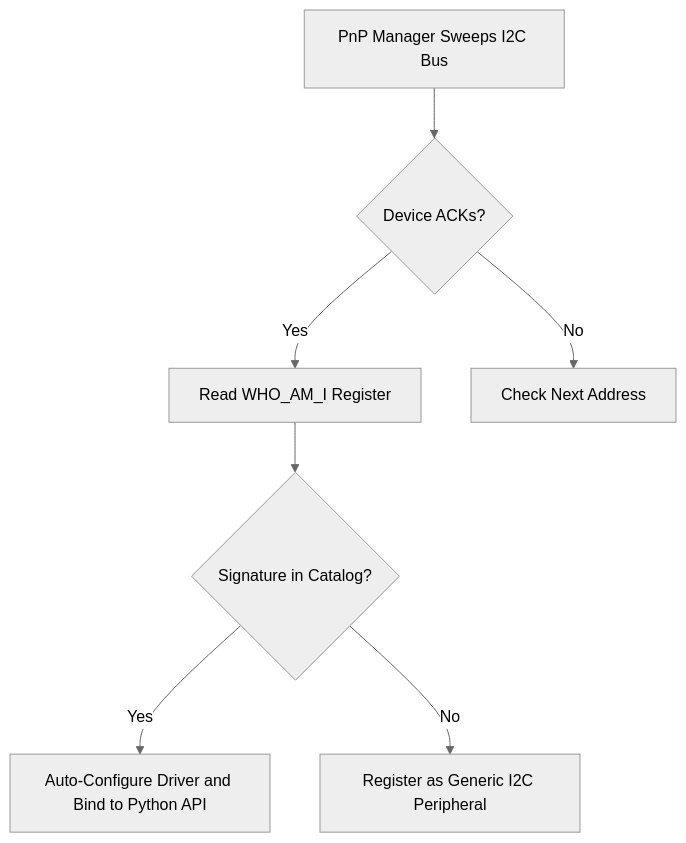
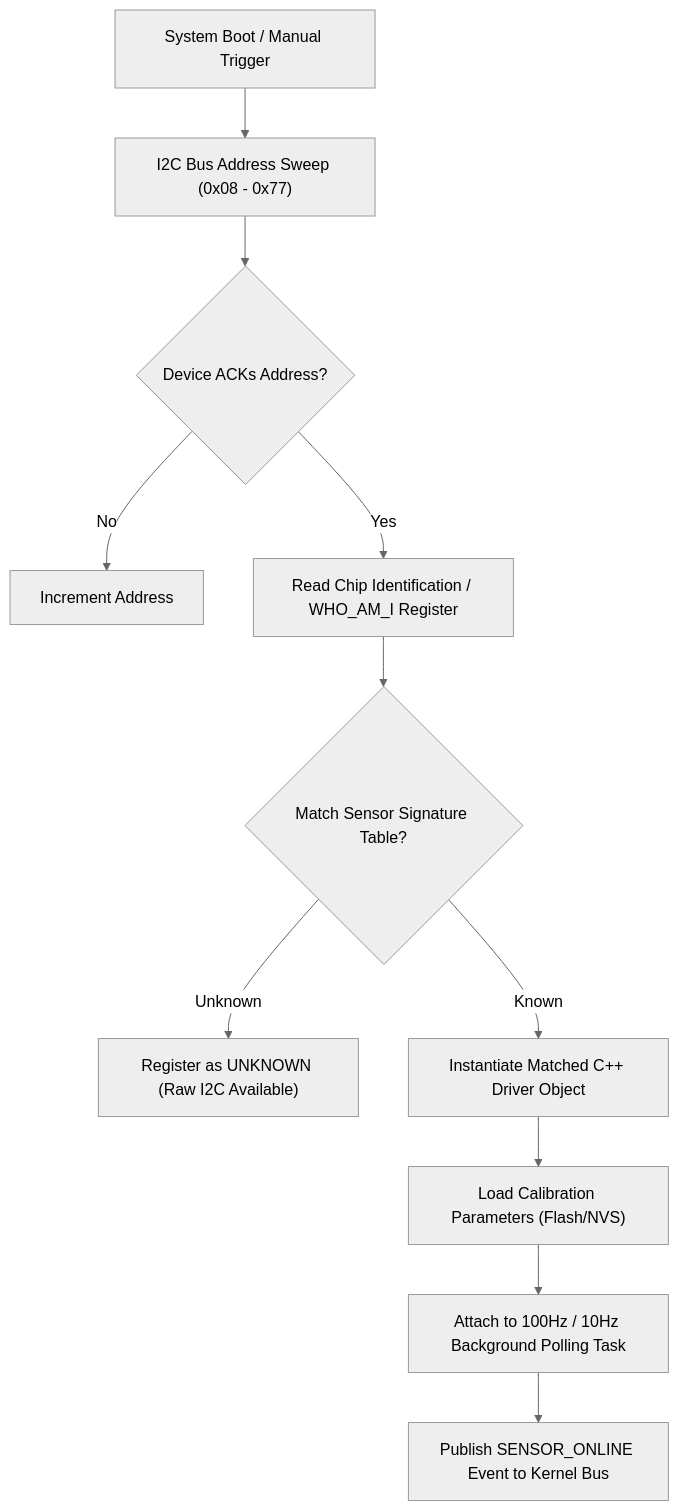
Before and after one commit to tamimystic/tamimystic-os: the diagram in docs/hardware/pnp-sensors.md, drawn with Mermaid (neutral theme). The commit also changed other lines of this file and 23 other files, not shown here.

````diff
--- a/docs/hardware/pnp-sensors.md
+++ b/docs/hardware/pnp-sensors.md
@@ -14,9 +11,13 @@
 ```mermaid
 graph TD
-    SCAN["PnP Manager Sweeps I2C Bus"] --> ACK{"Device ACKs?"}
-    ACK -->|Yes| READ["Read WHO_AM_I Register"]
-    ACK -->|No| NEXT["Check Next Address"]
-    READ --> MATCH{"Signature in Catalog?"}
-    MATCH -->|Yes| INIT["Auto-Configure Driver and Bind to Python API"]
-    MATCH -->|No| GENERIC["Register as Generic I2C Peripheral"]
+    Boot["System Boot / Manual Trigger"] --> I2CScan["I2C Bus Address Sweep (0x08 - 0x77)"]
+    I2CScan --> ProbeACK{"Device ACKs Address?"}
+    ProbeACK -->|No| NextAddr["Increment Address"]
+    ProbeACK -->|Yes| ProbeID["Read Chip Identification / WHO_AM_I Register"]
+    ProbeID --> Match{"Match Sensor Signature Table?"}
+    Match -->|Unknown| RegisterGeneric["Register as UNKNOWN (Raw I2C Available)"]
+    Match -->|Known| InstantiateDriver["Instantiate Matched C++ Driver Object"]
+    InstantiateDriver --> Calibrate["Load Calibration Parameters (Flash/NVS)"]
+    Calibrate --> StartPolling["Attach to 100Hz / 10Hz Background Polling Task"]
+    StartPolling --> PublishBus["Publish SENSOR_ONLINE Event to Kernel Bus"]
 ```
````
